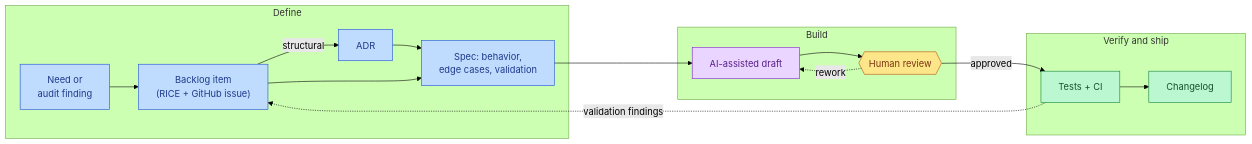
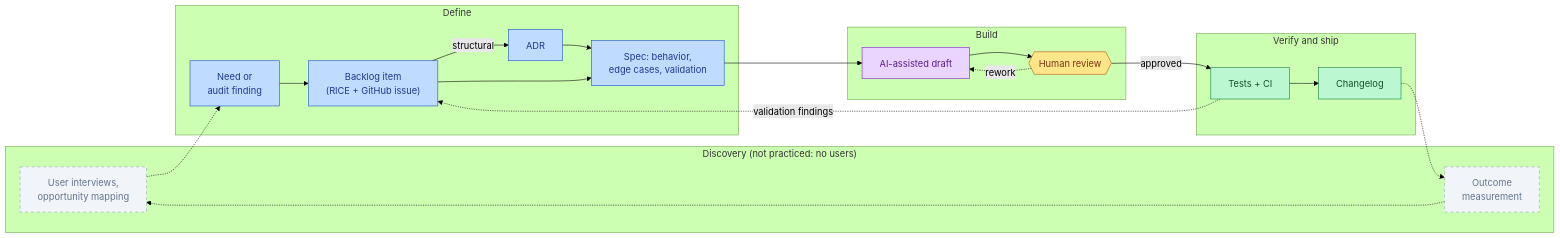
Before and after one commit to ggustin93/agentic-lab-analyzer: the second of 2 diagrams in README.md, drawn with Mermaid (forest theme). The commit also changed other lines of this file and 1 other file, not shown here.

Commit message:
docs: show the unpracticed discovery track as a dashed lane in the pipeline diagram

````diff
--- a/README.md
+++ b/README.md
@@ -116,28 +116,36 @@
 ```mermaid
 flowchart LR
+    subgraph DISC["Discovery (not practiced: no users)"]
+        D1["User interviews,<br/>opportunity mapping"]
+        D2["Outcome<br/>measurement"]
+    end
     subgraph DEF["Define"]
         A["Need or<br/>audit finding"] --> B["Backlog item<br/>(RICE + GitHub issue)"]
         B -->|structural| C["ADR"]
         C --> D["Spec: behavior,<br/>edge cases, validation"]
         B --> D
     end
     subgraph BUILD["Build"]
         E["AI-assisted draft"] --> F{{"Human review"}}
     end
     subgraph SHIP["Verify and ship"]
         G["Tests + CI"] --> H["Changelog"]
     end
+    D1 -.-> A
     D --> E
     F -->|approved| G
     F -.->|rework| E
     G -.->|validation findings| B
+    H -.-> D2 -.-> D1
 
     classDef product fill:#bfdbfe,stroke:#1d4ed8,color:#1e3a8a
     classDef ai fill:#e9d5ff,stroke:#7e22ce,color:#581c87
     classDef human fill:#fde68a,stroke:#b45309,color:#78350f
     classDef ship fill:#bbf7d0,stroke:#15803d,color:#14532d
+    classDef future fill:#f1f5f9,stroke:#94a3b8,color:#64748b,stroke-dasharray: 5 5
     class A,B,C,D product
     class E ai
     class F human
     class G,H ship
+    class D1,D2 future
 ```
````
